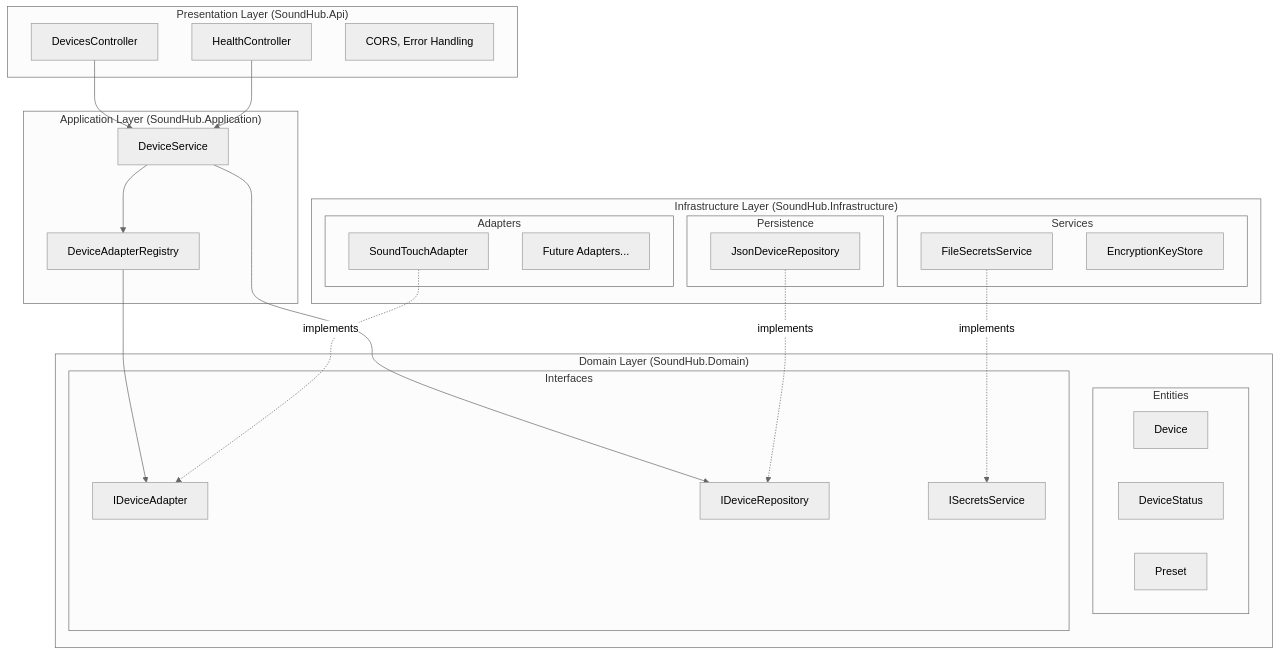
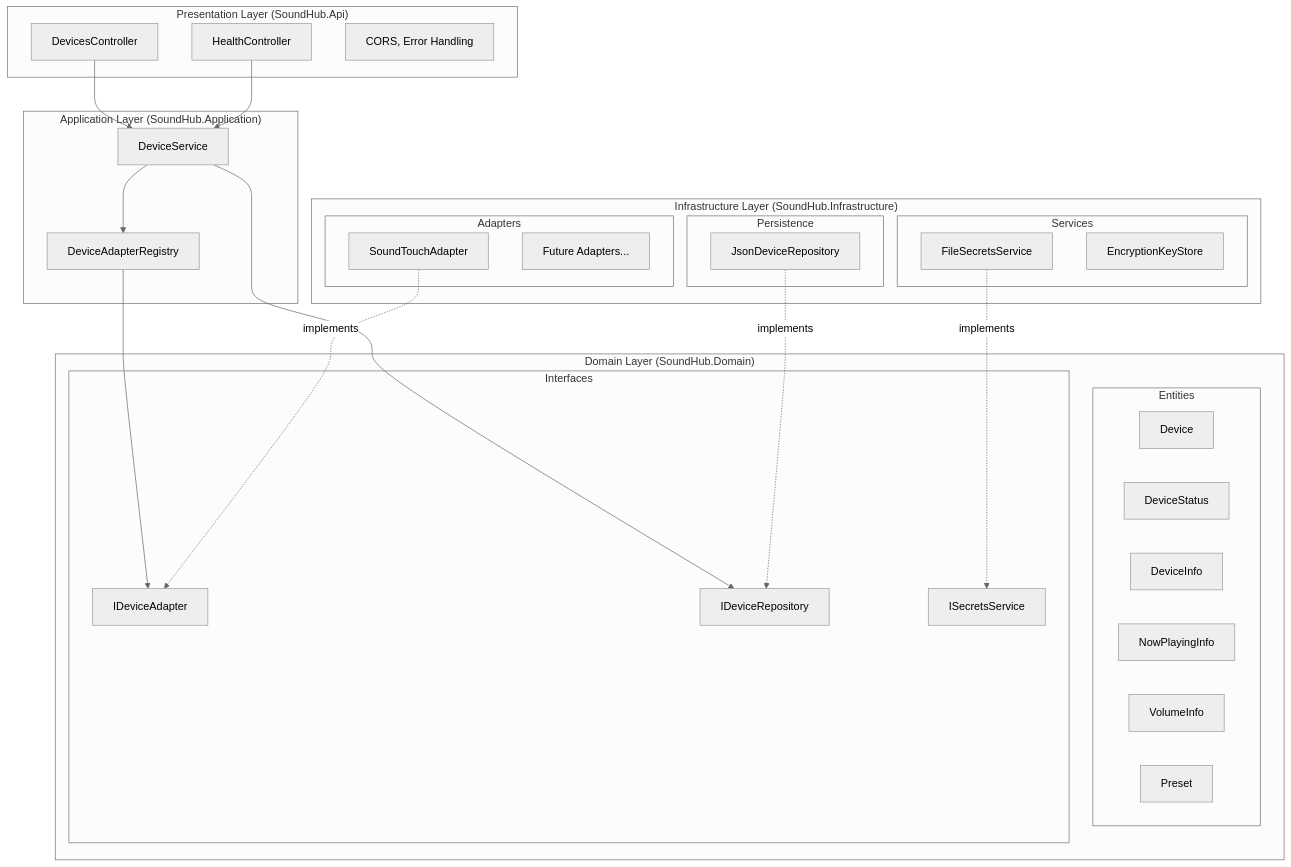
The third of 9 diagrams in docs/architecture.md (sasky80/soundHub), drawn with Mermaid (neutral theme) before and after one commit. The commit also changed other lines of this file and 13 other files, not shown here.

````diff
--- a/docs/architecture.md
+++ b/docs/architecture.md
@@ -87,49 +87,52 @@
 ```mermaid
 flowchart TB
     subgraph Presentation["Presentation Layer (SoundHub.Api)"]
         DevicesController["DevicesController"]
         HealthController["HealthController"]
         Middleware["CORS, Error Handling"]
     end
 
     subgraph AppLayer["Application Layer (SoundHub.Application)"]
         DeviceService["DeviceService"]
         AdapterRegistry["DeviceAdapterRegistry"]
     end
 
     subgraph DomainLayer["Domain Layer (SoundHub.Domain)"]
         subgraph Entities["Entities"]
             Device["Device"]
             DeviceStatus["DeviceStatus"]
+            DeviceInfo["DeviceInfo"]
+            NowPlayingInfo["NowPlayingInfo"]
+            VolumeInfo["VolumeInfo"]
             Preset["Preset"]
         end
         subgraph Interfaces["Interfaces"]
             IDeviceAdapter["IDeviceAdapter"]
             IDeviceRepository["IDeviceRepository"]
             ISecretsService["ISecretsService"]
         end
     end
 
     subgraph InfraLayer["Infrastructure Layer (SoundHub.Infrastructure)"]
         subgraph Adapters["Adapters"]
             SoundTouchAdapter["SoundTouchAdapter"]
             FutureAdapter["Future Adapters..."]
         end
         subgraph Persistence["Persistence"]
             JsonDeviceRepo["JsonDeviceRepository"]
         end
         subgraph ServicesInfra["Services"]
             FileSecretsService["FileSecretsService"]
             EncryptionKeyStore["EncryptionKeyStore"]
         end
     end
 
     DevicesController --> DeviceService
     HealthController --> DeviceService
     DeviceService --> AdapterRegistry
     DeviceService --> IDeviceRepository
     AdapterRegistry --> IDeviceAdapter
     SoundTouchAdapter -.implements.-> IDeviceAdapter
     JsonDeviceRepo -.implements.-> IDeviceRepository
     FileSecretsService -.implements.-> ISecretsService
 ```
````
